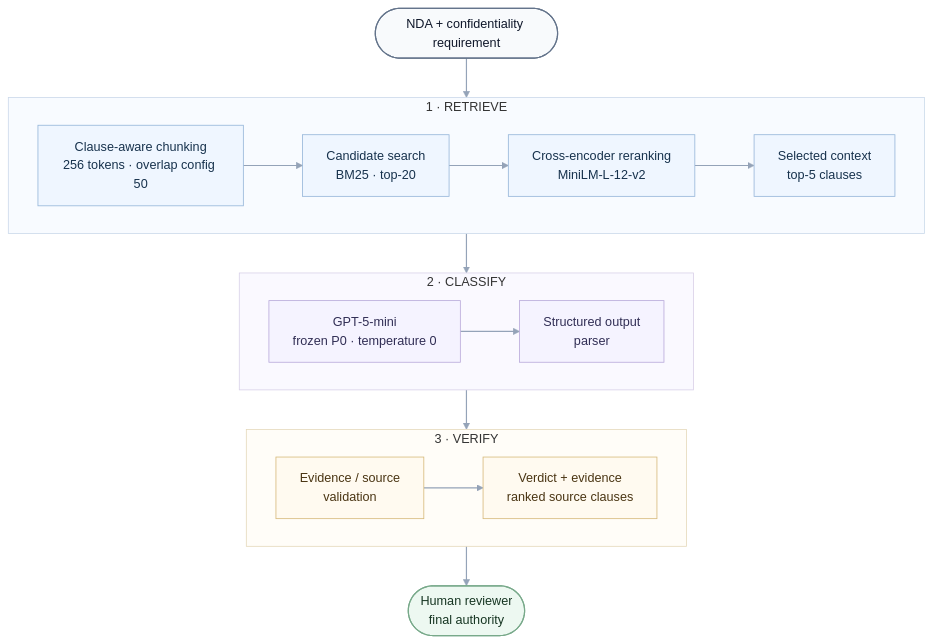
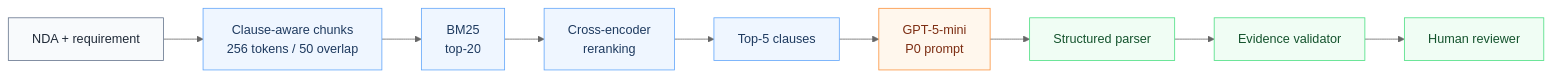
One commit to AsmithaUbaid/ndatrace changed the diagram in README.md. Above: the diagram before and after it, drawn with Mermaid (neutral theme). The commit also changed other lines of this file and 53 other files, not shown here.

````diff
--- a/README.md
+++ b/README.md
@@ -135,49 +55,20 @@
 ```mermaid
-flowchart TD
-    INPUT(["NDA + confidentiality requirement"])
+flowchart LR
+    A[NDA + requirement] --> B[Clause-aware chunks<br/>256 tokens / 50 overlap]
+    B --> C[BM25<br/>top-20]
+    C --> D[Cross-encoder<br/>reranking]
+    D --> E[Top-5 clauses]
+    E --> F[GPT-5-mini<br/>P0 prompt]
+    F --> G[Structured parser]
+    G --> H[Evidence validator]
+    H --> I[Human reviewer]
 
-    subgraph RETRIEVAL["1 · RETRIEVE"]
-        direction LR
-        CHUNK["Clause-aware chunking<br/>256 tokens · overlap config 50"]
-        BM25["Candidate search<br/>BM25 · top-20"]
-        RERANK["Cross-encoder reranking<br/>MiniLM-L-12-v2"]
-        CONTEXT["Selected context<br/>top-5 clauses"]
-        CHUNK --> BM25 --> RERANK --> CONTEXT
-    end
-
-    subgraph CLASSIFY["2 · CLASSIFY"]
-        direction LR
-        MODEL["GPT-5-mini<br/>frozen P0 · temperature 0"]
-        PARSER["Structured output<br/>parser"]
-        MODEL --> PARSER
-    end
-
-    subgraph VERIFY["3 · VERIFY"]
-        direction LR
-        VALIDATE["Evidence / source<br/>validation"]
-        RESULT["Verdict + evidence<br/>ranked source clauses"]
-        VALIDATE --> RESULT
-    end
-
-    REVIEW(["Human reviewer<br/>final authority"])
-
-    INPUT --> CHUNK
-    CONTEXT --> MODEL
-    PARSER --> VALIDATE
-    RESULT --> REVIEW
-
-    classDef input fill:#f8fafc,stroke:#64748b,stroke-width:1.5px,color:#0f172a;
-    classDef retrieval fill:#eff6ff,stroke:#93b4d8,stroke-width:1px,color:#17324d;
-    classDef classify fill:#f5f3ff,stroke:#b7a8d9,stroke-width:1px,color:#312e55;
-    classDef verify fill:#fffaf0,stroke:#d6b879,stroke-width:1px,color:#4a3513;
-    classDef human fill:#edf8f1,stroke:#78a98a,stroke-width:1.5px,color:#163522;
-    class INPUT input;
-    class CHUNK,BM25,RERANK,CONTEXT retrieval;
-    class MODEL,PARSER classify;
-    class VALIDATE,RESULT verify;
-    class REVIEW human;
-    style RETRIEVAL fill:#f8fbff,stroke:#cbd9ea,stroke-width:1px
-    style CLASSIFY fill:#faf9ff,stroke:#d8d0e8,stroke-width:1px
-    style VERIFY fill:#fffdf8,stroke:#e5d8ba,stroke-width:1px
-    linkStyle default stroke:#94a3b8,stroke-width:1.5px;
+    classDef input fill:#f8fafc,stroke:#64748b,color:#1f2937;
+    classDef retrieval fill:#eff6ff,stroke:#60a5fa,color:#1e3a5f;
+    classDef model fill:#fff7ed,stroke:#fb923c,color:#7c2d12;
+    classDef control fill:#f0fdf4,stroke:#4ade80,color:#14532d;
+    class A input;
+    class B,C,D,E retrieval;
+    class F model;
+    class G,H,I control;
 ```
````
